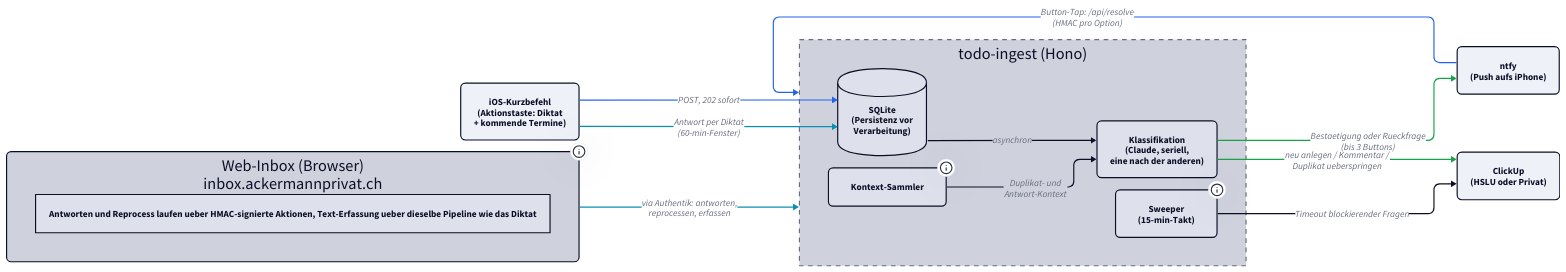
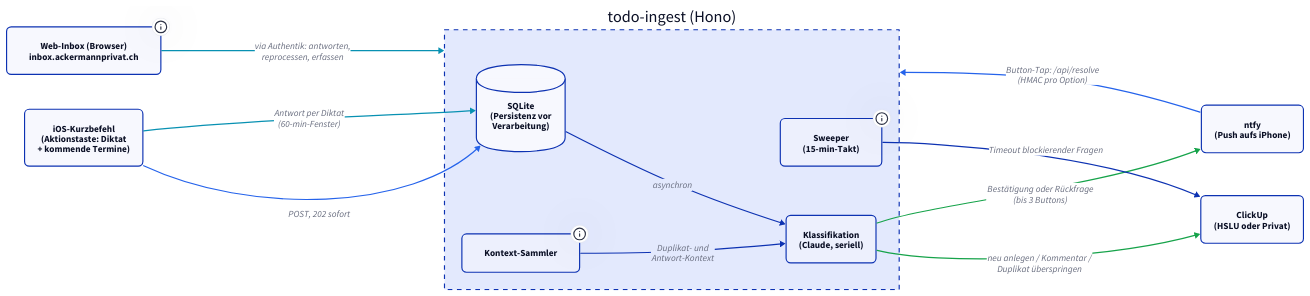
The diagram in docs/todo-ingest/index.md (derever-labs/homelab-wiki), drawn with D2 before and after one commit. The commit also changed 8 other files, not shown here.

First line of the commit message:
Diagramme fuer TALA ueberarbeiten (Batch B7) (#103)

````diff
--- a/docs/todo-ingest/index.md
+++ b/docs/todo-ingest/index.md
@@ -35,47 +35,40 @@
 ```d2
-vars: {
-  d2-config: {
-    theme-id: 1
-    layout-engine: elk
-  }
-}
-
 classes: {
   node: { style: { border-radius: 8 } }
 }
 
 direction: right
 
 Shortcut: "iOS-Kurzbefehl\n(Aktionstaste: Diktat\n+ kommende Termine)" { class: node }
 
 Ingest: "todo-ingest (Hono)" {
   style.stroke-dash: 4
   DB: "SQLite\n(Persistenz vor\nVerarbeitung)" { shape: cylinder; class: node }
   CTX: "Kontext-Sammler" {
     class: node
-    tooltip: Offene Tasks beider Ziel-Listen, soeben angelegte Tasks (24h), offene Rueckfragen (60 min) und mitgeschickte Termine -- als Daten deklariert (Injection-Haertung)
+    tooltip: "Offene Tasks beider Ziel-Listen, soeben angelegte Tasks (24h), offene Rückfragen (60 min) und mitgeschickte Termine -- als Daten deklariert (Injection-Härtung)"
   }
-  AI: "Klassifikation\n(Claude, seriell,\neine nach der anderen)" { class: node }
+  AI: "Klassifikation\n(Claude, seriell)" { class: node }
   SWEEP: "Sweeper\n(15-min-Takt)" {
     class: node
-    tooltip: Blockierende Rueckfragen laufen nach 4 h in die Privat-Liste (Tag zuordnung-unklar), anreichernde verfallen nach 7 Tagen still
+    tooltip: "Blockierende Rückfragen laufen nach 4 h in die Privat-Liste (Tag zuordnung-unklar), anreichernde verfallen nach 7 Tagen still"
   }
 }
 
 ClickUp: "ClickUp\n(HSLU oder Privat)" { class: node }
 Ntfy: "ntfy\n(Push aufs iPhone)" { class: node }
 Inbox: "Web-Inbox (Browser)\ninbox.ackermannprivat.ch" {
   class: node
-  tooltip: Eigener Host, nur hinter Authentik (Gruppe admin). Zeigt offene Rueckfragen, zuletzt erstellte Tasks und die Diktat-Historie; Antworten und Reprocess laufen ueber HMAC-signierte Aktionen, Text-Erfassung ueber dieselbe Pipeline wie das Diktat
+  tooltip: "Eigener Host, nur hinter Authentik (Gruppe admin). Zeigt offene Rückfragen, zuletzt erstellte Tasks und die Diktat-Historie. Antworten und Reprocess laufen über HMAC-signierte Aktionen, Text-Erfassung über dieselbe Pipeline wie das Diktat"
 }
 
 Shortcut -> Ingest.DB: "POST, 202 sofort" { style.stroke: "#2563eb" }
 Ingest.DB -> Ingest.AI: "asynchron"
 Ingest.CTX -> Ingest.AI: "Duplikat- und\nAntwort-Kontext"
-Ingest.AI -> ClickUp: "neu anlegen / Kommentar /\nDuplikat ueberspringen" { style.stroke: "#16a34a" }
-Ingest.AI -> Ntfy: "Bestaetigung oder Rueckfrage\n(bis 3 Buttons)" { style.stroke: "#16a34a" }
+Ingest.AI -> ClickUp: "neu anlegen / Kommentar /\nDuplikat überspringen" { style.stroke: "#16a34a" }
+Ingest.AI -> Ntfy: "Bestätigung oder Rückfrage\n(bis 3 Buttons)" { style.stroke: "#16a34a" }
 Ntfy -> Ingest: "Button-Tap: /api/resolve\n(HMAC pro Option)" { style.stroke: "#2563eb" }
 Shortcut -> Ingest.DB: "Antwort per Diktat\n(60-min-Fenster)" { style.stroke: "#0891b2" }
 Inbox -> Ingest: "via Authentik: antworten,\nreprocessen, erfassen" { style.stroke: "#0891b2" }
 Ingest.SWEEP -> ClickUp: "Timeout blockierender Fragen"
 ```
````
